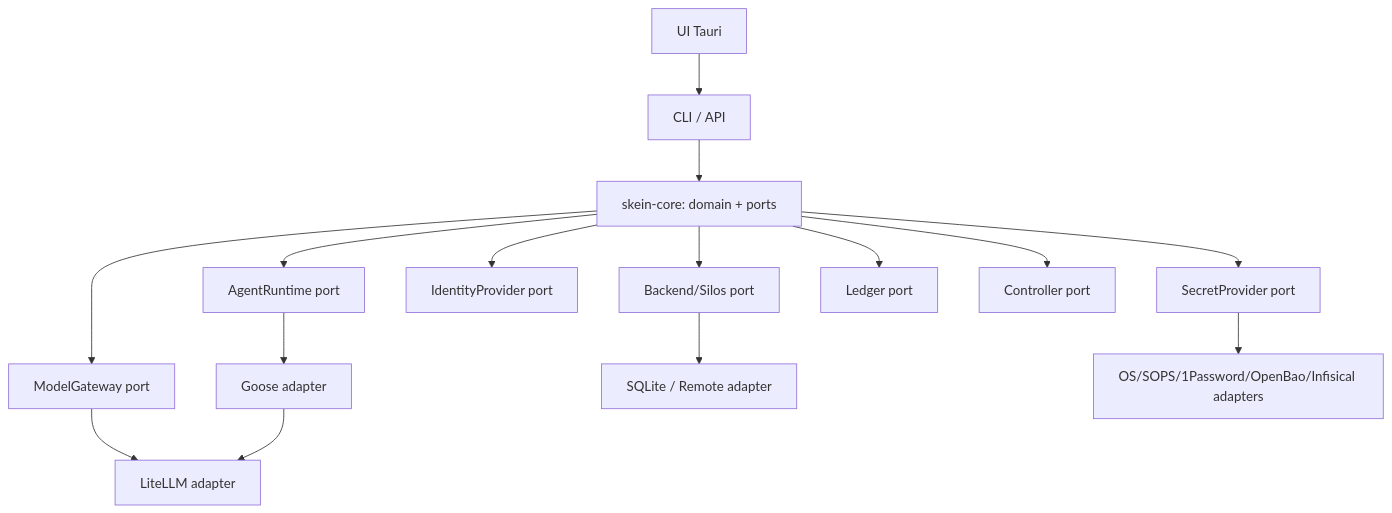
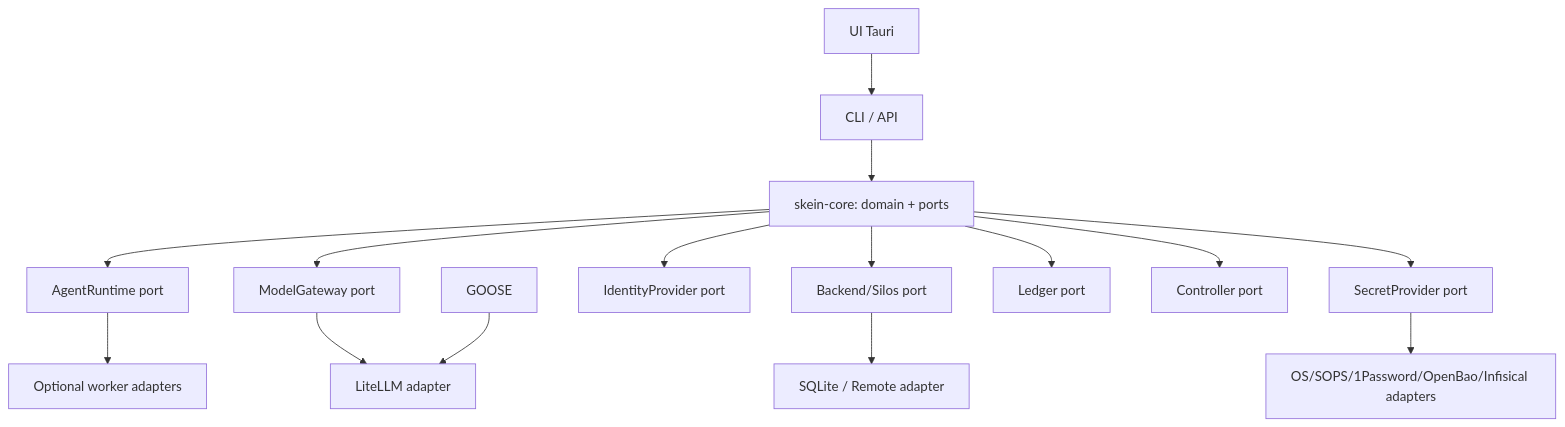
The diagram in _bmad-output/planning-artifacts/architecture.md (K4M1coder/heddle), drawn with Mermaid before and after one commit. The commit also changed other lines of this file and 11 other files, not shown here.

````diff
--- a/_bmad-output/planning-artifacts/architecture.md
+++ b/_bmad-output/planning-artifacts/architecture.md
@@ -72,17 +82,17 @@
 ```mermaid
 graph TD
   UI[UI Tauri] --> CLI[CLI / API]
   CLI --> CORE[skein-core: domain + ports]
   CORE --> RT[AgentRuntime port]
   CORE --> GW[ModelGateway port]
   CORE --> BK[Backend/Silos port]
   CORE --> ID[IdentityProvider port]
   CORE --> SEC[SecretProvider port]
   CORE --> LED[Ledger port]
   CORE --> CTL[Controller port]
-  RT --> GOOSE[Goose adapter]
+  RT --> WORKERS[Optional worker adapters]
   GW --> LITELLM[LiteLLM adapter]
   BK --> SQLITE[SQLite / Remote adapter]
   SEC --> KEYRING[OS/SOPS/1Password/OpenBao/Infisical adapters]
   GOOSE --> LITELLM
 ```
````
